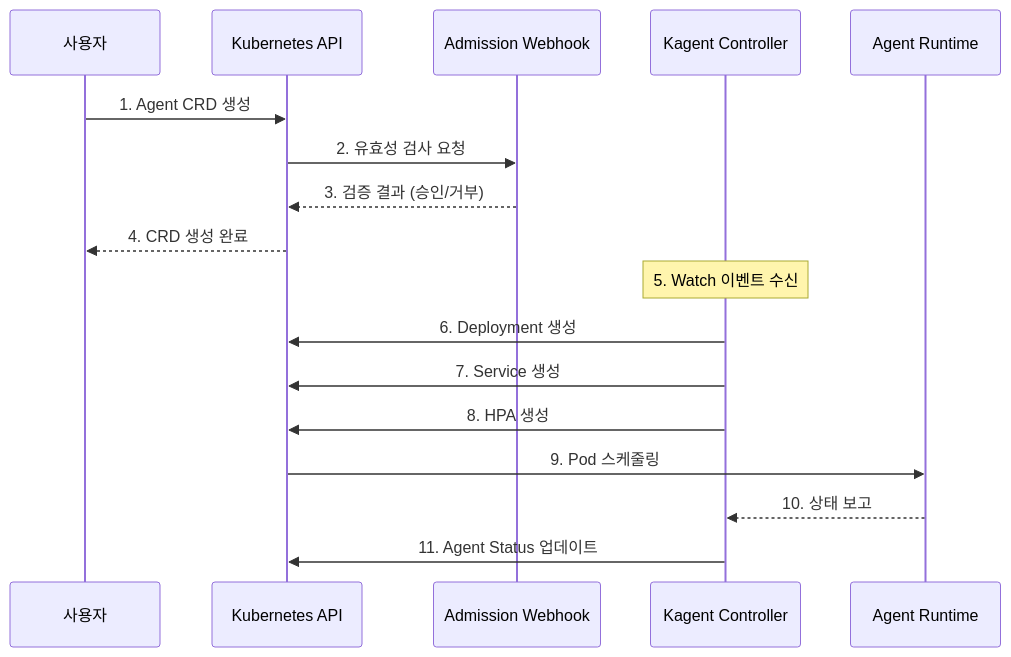
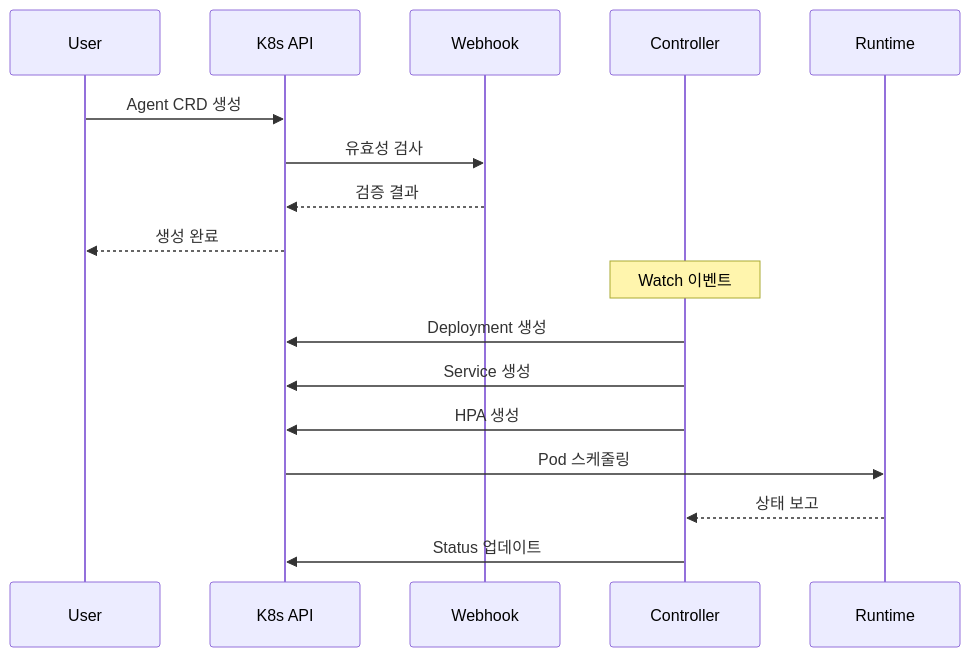
The second of 3 diagrams in docs/agentic-ai-platform/gateway-agents/kagent-kubernetes-agents.md (devfloor9/engineering-playbook), drawn with Mermaid before and after one commit. The commit also changed other lines of this file and 24 other files, not shown here.

````diff
--- a/docs/agentic-ai-platform/gateway-agents/kagent-kubernetes-agents.md
+++ b/docs/agentic-ai-platform/gateway-agents/kagent-kubernetes-agents.md
@@ -125,22 +116,23 @@
 ```mermaid
 sequenceDiagram
-    participant User as 사용자
-    participant API as Kubernetes API
-    participant Webhook as Admission Webhook
-    participant Controller as Kagent Controller
-    participant Runtime as Agent Runtime
-    
-    User->>API: 1. Agent CRD 생성
-    API->>Webhook: 2. 유효성 검사 요청
-    Webhook-->>API: 3. 검증 결과 (승인/거부)
-    API-->>User: 4. CRD 생성 완료
-    
-    Note over Controller: 5. Watch 이벤트 수신
-    Controller->>API: 6. Deployment 생성
-    Controller->>API: 7. Service 생성
-    Controller->>API: 8. HPA 생성
-    
-    API->>Runtime: 9. Pod 스케줄링
-    Runtime-->>Controller: 10. 상태 보고
-    Controller->>API: 11. Agent Status 업데이트
+    participant U as User
+    participant A as K8s API
+    participant W as Webhook
+    participant C as Controller
+    participant R as Runtime
+
+    U->>A: Agent CRD 생성
+    A->>W: 유효성 검사
+    W-->>A: 검증 결과
+    A-->>U: 생성 완료
+
+    Note over C: Watch 이벤트
+
+    C->>A: Deployment 생성
+    C->>A: Service 생성
+    C->>A: HPA 생성
+
+    A->>R: Pod 스케줄링
+    R-->>C: 상태 보고
+    C->>A: Status 업데이트
 ```
````
